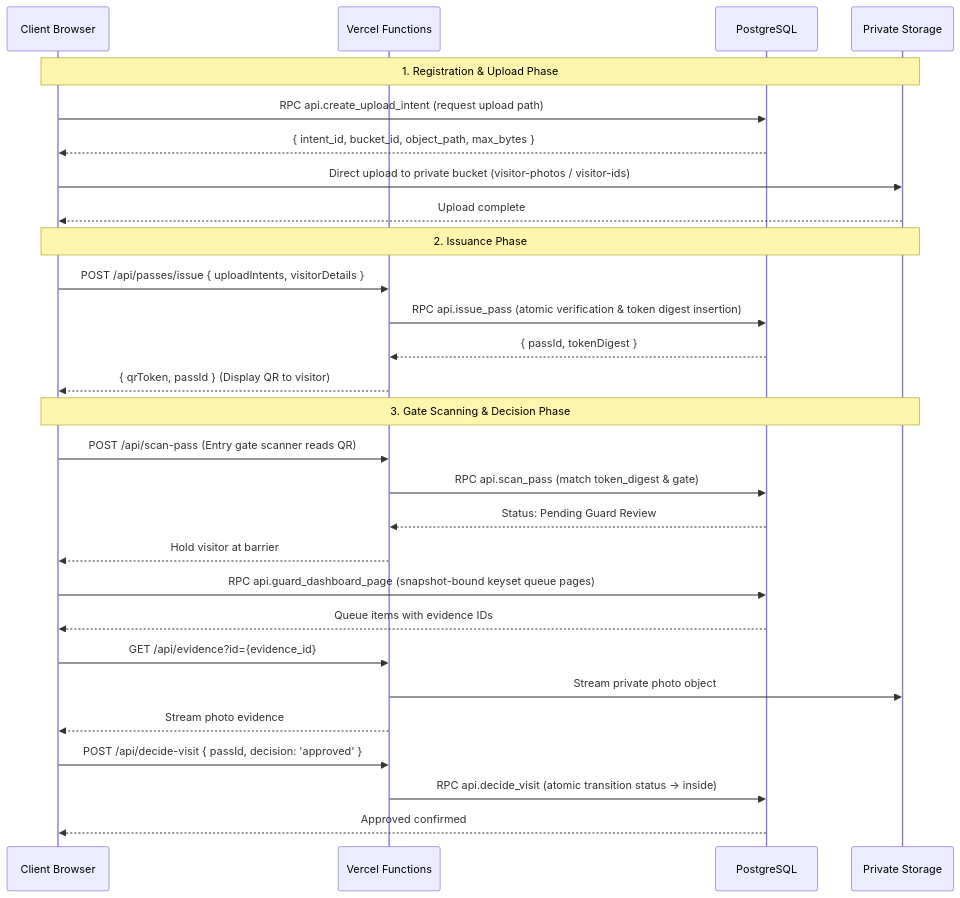
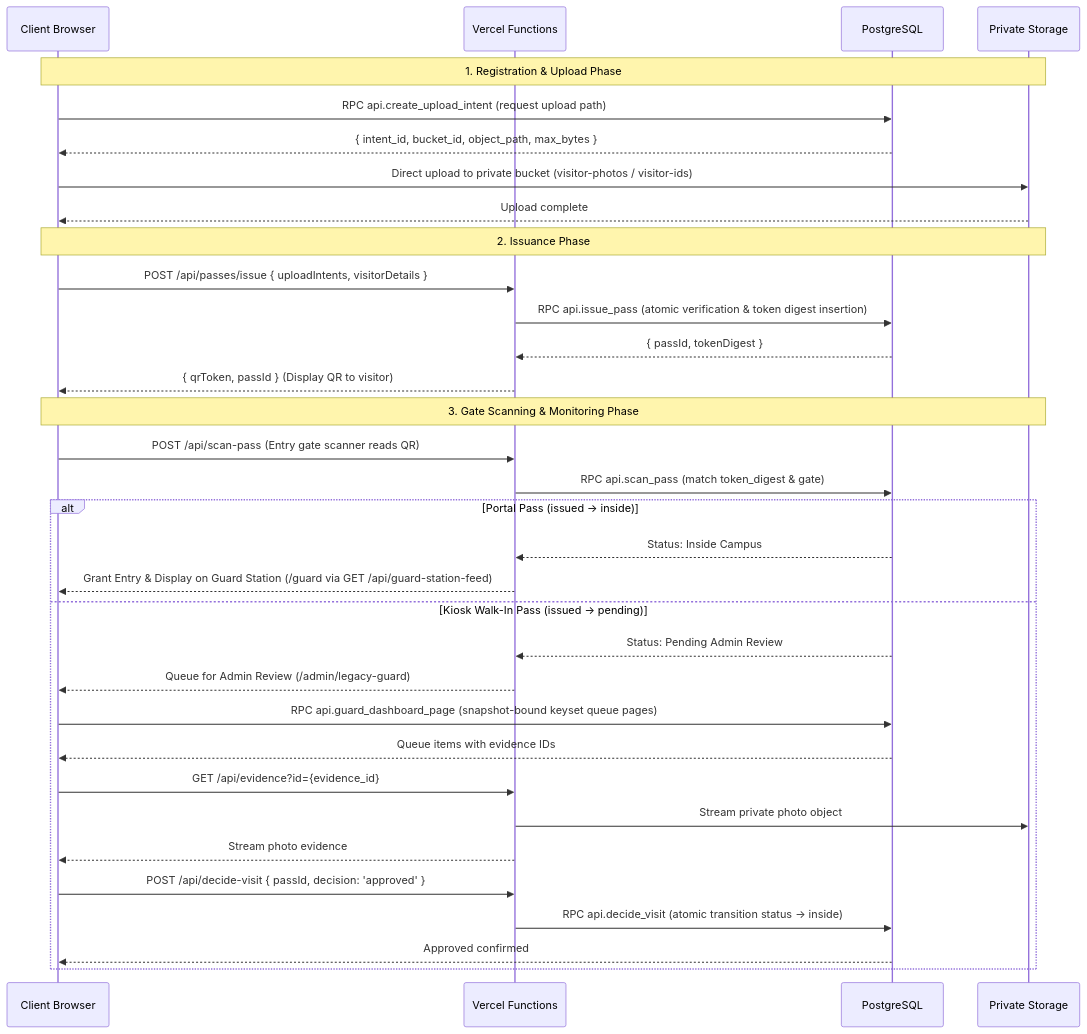
One commit to jsphhbna/egatepass changed the third of 3 diagrams in docs/ARCHITECTURE.md. Above: the diagram before and after it, drawn with Mermaid. The commit also changed other lines of this file and 59 other files, not shown here.

````diff
--- a/docs/ARCHITECTURE.md
+++ b/docs/ARCHITECTURE.md
@@ -258,34 +260,38 @@
 ```mermaid
 sequenceDiagram
     participant Browser as Client Browser
     participant API as Vercel Functions
     participant DB as PostgreSQL
     participant Storage as Private Storage
 
     Note over Browser,Storage: 1. Registration & Upload Phase
     Browser->>DB: RPC api.create_upload_intent (request upload path)
     DB-->>Browser: { intent_id, bucket_id, object_path, max_bytes }
     Browser->>Storage: Direct upload to private bucket (visitor-photos / visitor-ids)
     Storage-->>Browser: Upload complete
 
     Note over Browser,Storage: 2. Issuance Phase
     Browser->>API: POST /api/passes/issue { uploadIntents, visitorDetails }
     API->>DB: RPC api.issue_pass (atomic verification & token digest insertion)
     DB-->>API: { passId, tokenDigest }
     API-->>Browser: { qrToken, passId } (Display QR to visitor)
 
-    Note over Browser,Storage: 3. Gate Scanning & Decision Phase
+    Note over Browser,Storage: 3. Gate Scanning & Monitoring Phase
     Browser->>API: POST /api/scan-pass (Entry gate scanner reads QR)
     API->>DB: RPC api.scan_pass (match token_digest & gate)
-    DB-->>API: Status: Pending Guard Review
-    API-->>Browser: Hold visitor at barrier
-
-    Browser->>DB: RPC api.guard_dashboard_page (snapshot-bound keyset queue pages)
-    DB-->>Browser: Queue items with evidence IDs
-    Browser->>API: GET /api/evidence?id={evidence_id}
-    API->>Storage: Stream private photo object
-    API-->>Browser: Stream photo evidence
-    Browser->>API: POST /api/decide-visit { passId, decision: 'approved' }
-    API->>DB: RPC api.decide_visit (atomic transition status -> inside)
-    DB-->>Browser: Approved confirmed
+    alt Portal Pass (issued -> inside)
+        DB-->>API: Status: Inside Campus
+        API-->>Browser: Grant Entry & Display on Guard Station (/guard via GET /api/guard-station-feed)
+    else Kiosk Walk-In Pass (issued -> pending)
+        DB-->>API: Status: Pending Admin Review
+        API-->>Browser: Queue for Admin Review (/admin/legacy-guard)
+        Browser->>DB: RPC api.guard_dashboard_page (snapshot-bound keyset queue pages)
+        DB-->>Browser: Queue items with evidence IDs
+        Browser->>API: GET /api/evidence?id={evidence_id}
+        API->>Storage: Stream private photo object
+        API-->>Browser: Stream photo evidence
+        Browser->>API: POST /api/decide-visit { passId, decision: 'approved' }
+        API->>DB: RPC api.decide_visit (atomic transition status -> inside)
+        DB-->>Browser: Approved confirmed
+    end
 ```
````
